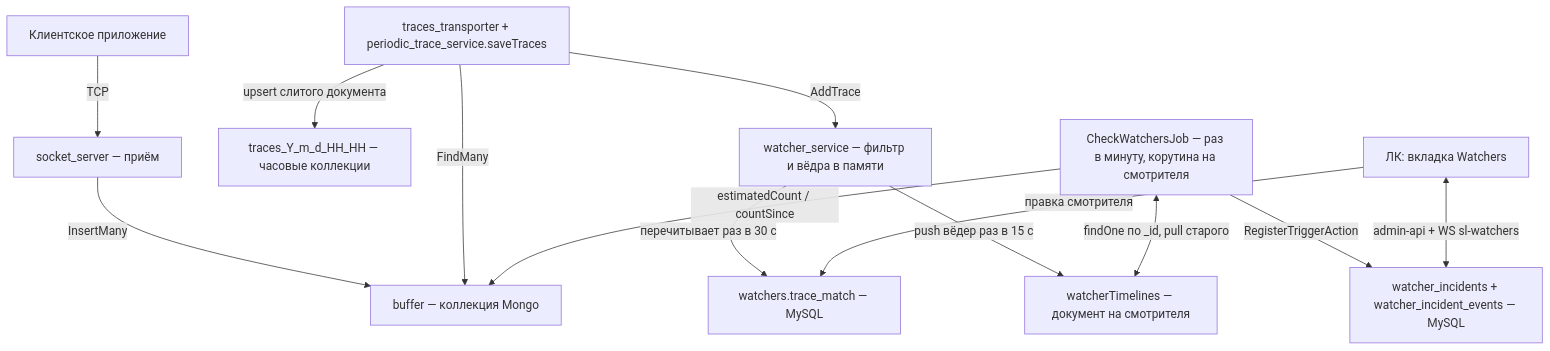
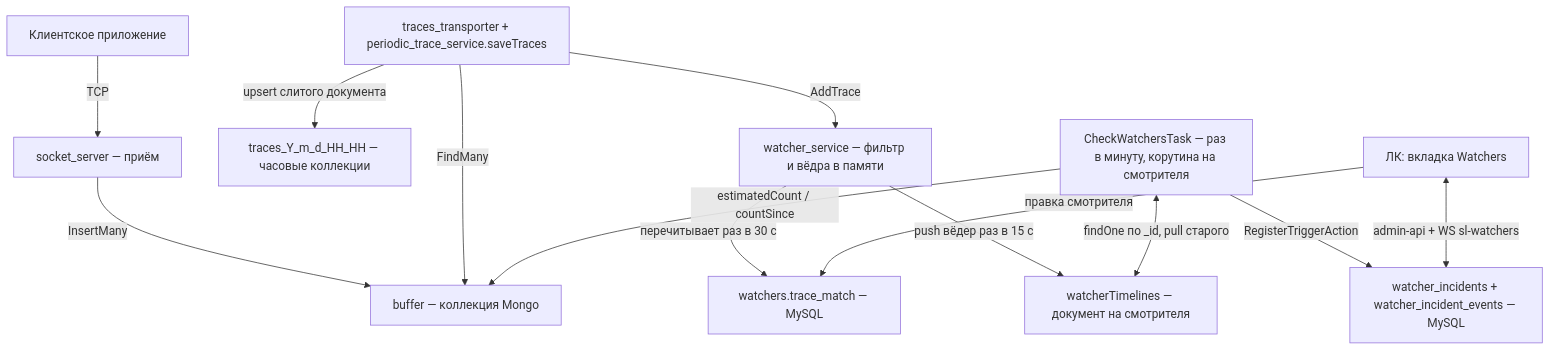
One commit to sprust/slogger changed the diagram in .ai/plans/watchers.md. Above: the diagram before and after it, drawn with Mermaid. The commit also changed other lines of this file, not shown here.

First line of the commit message:
docs(watchers): keep the minute pass in the task pool

````diff
--- a/.ai/plans/watchers.md
+++ b/.ai/plans/watchers.md
@@ -236,27 +236,27 @@
 ```mermaid
 flowchart TB
     client["Клиентское приложение"]
     socket["socket_server — приём"]
     buffer["buffer — коллекция Mongo"]
     transporter["traces_transporter + periodic_trace_service.saveTraces"]
     shards["traces_Y_m_d_HH_HH — часовые коллекции"]
     watcherSrv["watcher_service — фильтр и вёдра в памяти"]
     watchersTable["watchers.trace_match — MySQL"]
     timelines["watcherTimelines — документ на смотрителя"]
-    check["CheckWatchersJob — раз в минуту, корутина на смотрителя"]
+    check["CheckWatchersTask — раз в минуту, корутина на смотрителя"]
     incidents["watcher_incidents + watcher_incident_events — MySQL"]
     panel["ЛК: вкладка Watchers"]
 
     client -->|"TCP"| socket
     socket -->|"InsertMany"| buffer
     transporter -->|"FindMany"| buffer
     transporter -->|"upsert слитого документа"| shards
     transporter -->|"AddTrace"| watcherSrv
     watcherSrv -->|"перечитывает раз в 30 с"| watchersTable
     watcherSrv -->|"push вёдер раз в 15 с"| timelines
     check <-->|"findOne по _id, pull старого"| timelines
     check -->|"estimatedCount / countSince"| buffer
     check -->|"RegisterTriggerAction"| incidents
     panel <-->|"admin-api + WS sl-watchers"| incidents
     panel -->|"правка смотрителя"| watchersTable
 ```
````
